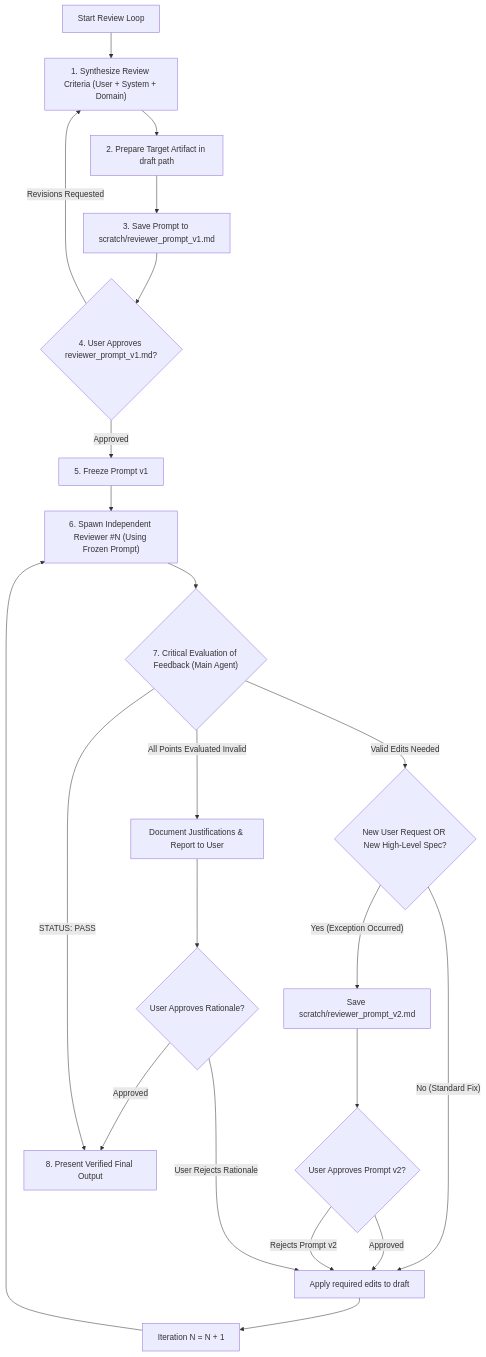
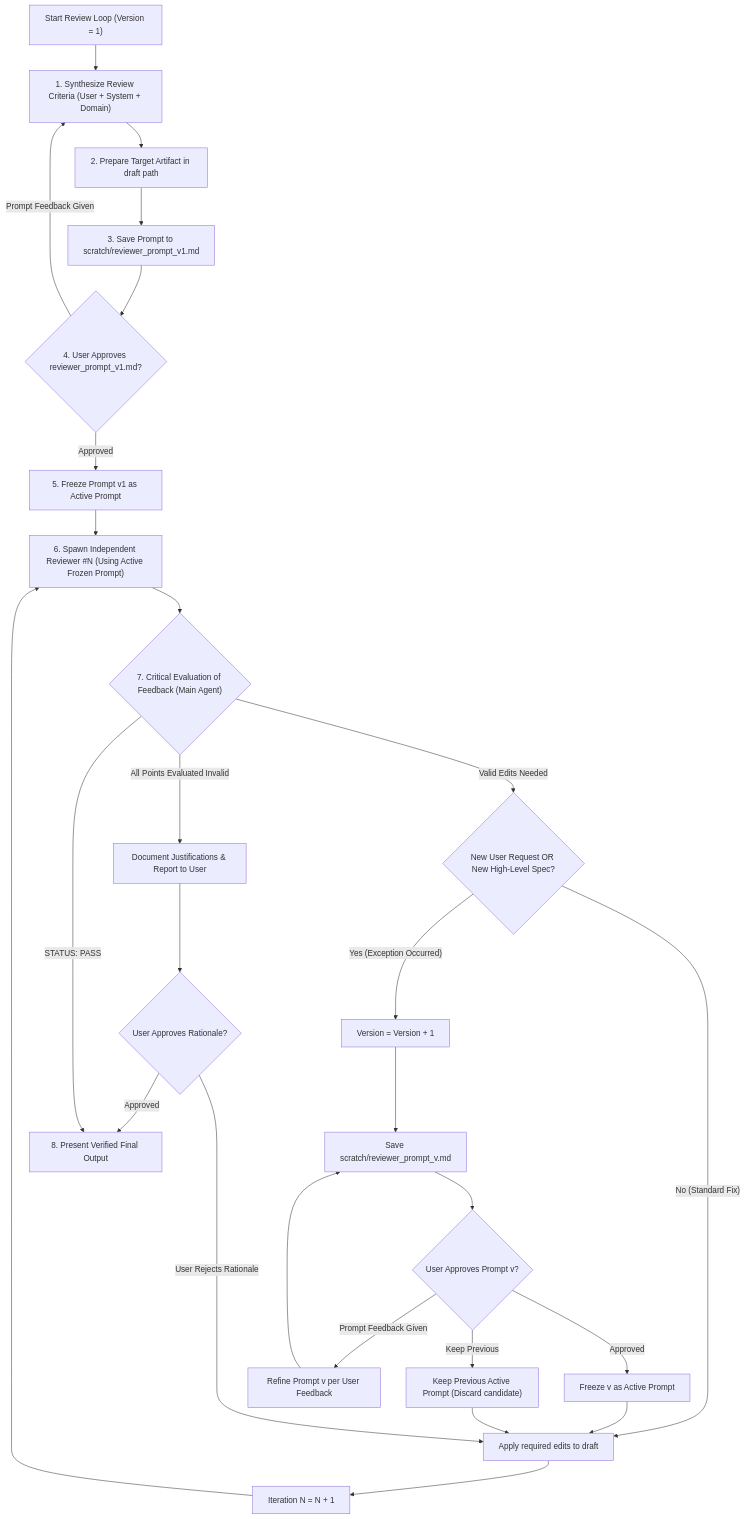
One commit to loerei/myskills changed the diagram in productivity/conduct-reviewing-loop/SKILL.md. Above: the diagram before and after it, drawn with Mermaid. The commit also changed other lines of this file and 1 other file, not shown here.

Commit message:
feat: generalize reviewer prompt versioning to v1...vN with 3-way user gate

````diff
--- a/productivity/conduct-reviewing-loop/SKILL.md
+++ b/productivity/conduct-reviewing-loop/SKILL.md
@@ -12,22 +12,23 @@
 ```mermaid
 flowchart TD
-    Start["Start Review Loop"] --> Synth["1. Synthesize Review Criteria (User + System + Domain)"]
+    Start["Start Review Loop (Version = 1)"] --> Synth["1. Synthesize Review Criteria (User + System + Domain)"]
     Synth --> Draft["2. Prepare Target Artifact in draft path"]
-    Draft --> SavePromptV1["3. Save Prompt to scratch/reviewer_prompt_v1.md"]
-    SavePromptV1 --> UserGateV1{"4. User Approves reviewer_prompt_v1.md?"}
-    UserGateV1 -->|"Approved"| FreezeV1["5. Freeze Prompt v1"]
-    UserGateV1 -->|"Revisions Requested"| Synth
-    FreezeV1 --> BlindSpawn["6. Spawn Independent Reviewer #N (Using Frozen Prompt)"]
+    Draft --> SavePromptV["3. Save Prompt to scratch/reviewer_prompt_v1.md"]
+    SavePromptV --> UserGateV{"4. User Approves reviewer_prompt_v1.md?"}
+    UserGateV -->|"Approved"| FreezeV["5. Freeze Prompt v1 as Active Prompt"]
+    UserGateV -->|"Prompt Feedback Given"| Synth
+    FreezeV --> BlindSpawn["6. Spawn Independent Reviewer #N (Using Active Frozen Prompt)"]
     BlindSpawn --> CritEval{"7. Critical Evaluation of Feedback (Main Agent)"}
     
     CritEval -->|"Valid Edits Needed"| CheckExc{"New User Request OR New High-Level Spec?"}
     CheckExc -->|"No (Standard Fix)"| ApplyEdits["Apply required edits to draft"] --> NextIter["Iteration N = N + 1"] --> BlindSpawn
-    CheckExc -->|"Yes (Exception Occurred)"| SavePromptV2["Save scratch/reviewer_prompt_v2.md"] --> UserGateV2{"User Approves Prompt v2?"}
-    UserGateV2 -->|"Approved"| ApplyEdits
-    UserGateV2 -->|"Rejects Prompt v2"| ApplyEdits
+    CheckExc -->|"Yes (Exception Occurred)"| IncVer["Version = Version + 1"] --> SavePromptNew["Save scratch/reviewer_prompt_v<Version>.md"] --> UserGateNew{"User Approves Prompt v<Version>?"}
+    UserGateNew -->|"Approved"| FreezeNew["Freeze v<Version> as Active Prompt"] --> ApplyEdits
+    UserGateNew -->|"Keep Previous"| KeepPrev["Keep Previous Active Prompt (Discard candidate)"] --> ApplyEdits
+    UserGateNew -->|"Prompt Feedback Given"| RefineNew["Refine Prompt v<Version> per User Feedback"] --> SavePromptNew
     
     CritEval -->|"All Points Evaluated Invalid"| JustifyUser["Document Justifications & Report to User"] --> UserGateFinal{"User Approves Rationale?"}
     UserGateFinal -->|"Approved"| Present["8. Present Verified Final Output"]
     UserGateFinal -->|"User Rejects Rationale"| ApplyEdits
     CritEval -->|"STATUS: PASS"| Present
 ```
````
